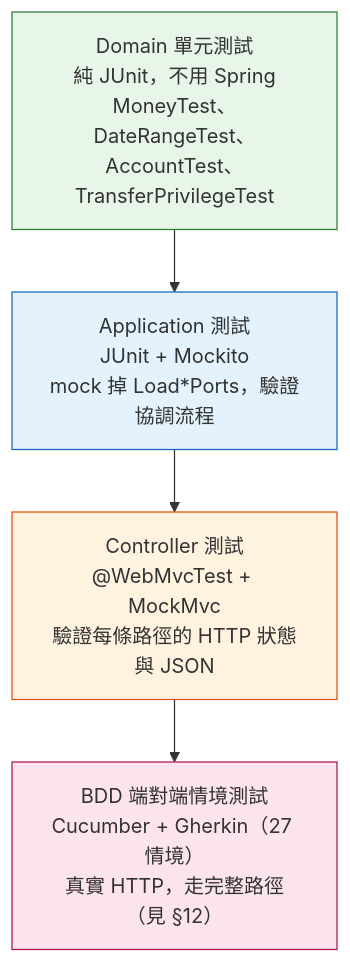
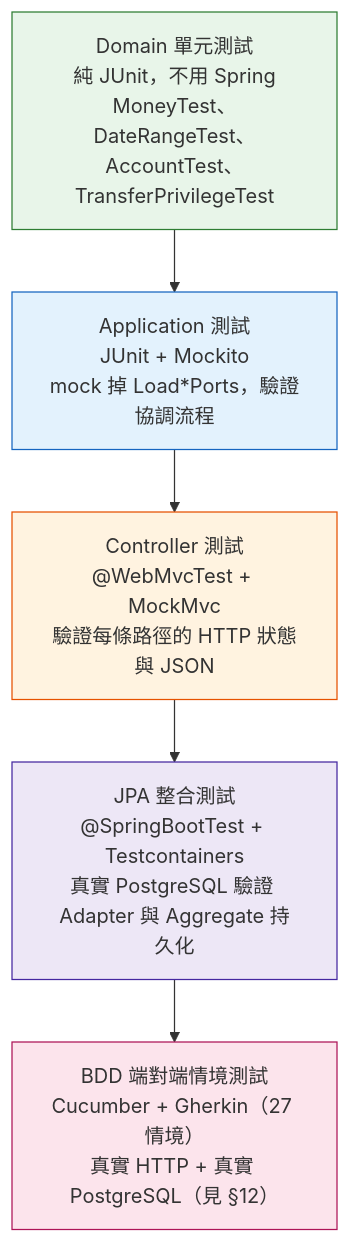
The sixth of 7 diagrams in README.md (ChunPingWang/spring-boot-ddd-hexagonal-cqrs-tutorial), drawn with Mermaid before and after one commit. The commit also changed other lines of this file and 27 other files, not shown here.

First line of the commit message:
功能：以 JPA + PostgreSQL + Flyway 取代記憶體持久化，整合測試走 Testcontainers

````diff
--- a/README.md
+++ b/README.md
@@ -475,12 +483,14 @@
 ```mermaid
 flowchart TB
     D["Domain 單元測試<br/>純 JUnit，不用 Spring<br/>MoneyTest、DateRangeTest、AccountTest、TransferPrivilegeTest"]
     A["Application 測試<br/>JUnit + Mockito<br/>mock 掉 Load*Ports，驗證協調流程"]
     W["Controller 測試<br/>@WebMvcTest + MockMvc<br/>驗證每條路徑的 HTTP 狀態與 JSON"]
-    E["BDD 端對端情境測試<br/>Cucumber + Gherkin（27 情境）<br/>真實 HTTP，走完整路徑（見 §12）"]
-    D --> A --> W --> E
+    I["JPA 整合測試<br/>@SpringBootTest + Testcontainers<br/>真實 PostgreSQL 驗證 Adapter 與 Aggregate 持久化"]
+    E["BDD 端對端情境測試<br/>Cucumber + Gherkin（27 情境）<br/>真實 HTTP + 真實 PostgreSQL（見 §12）"]
+    D --> A --> W --> I --> E
     style D fill:#e8f5e9,stroke:#2e7d32
     style A fill:#e3f2fd,stroke:#1565c0
     style W fill:#fff3e0,stroke:#e65100
+    style I fill:#ede7f6,stroke:#4527a0
     style E fill:#fce4ec,stroke:#ad1457
 ```
````
